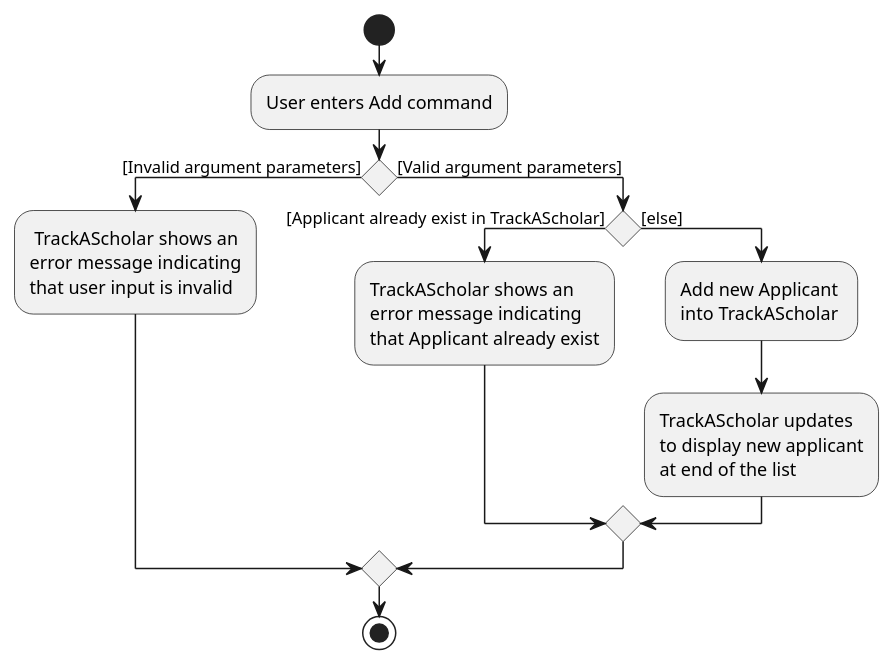
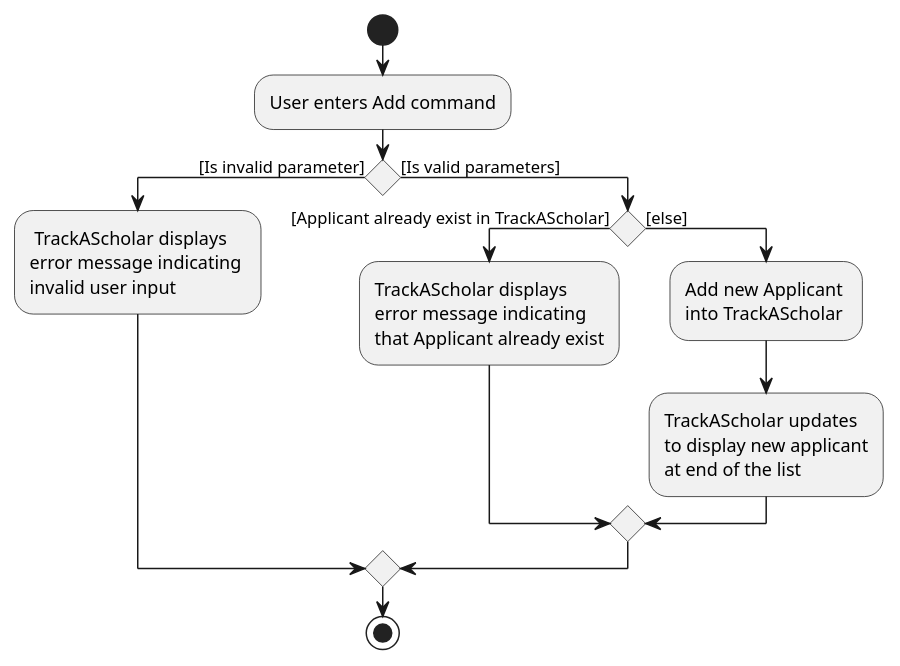
The diagram in docs/diagrams/AddCommandActivityDiagram.puml (nus-cs2103-AY2223S1/tp), drawn with PlantUML before and after one commit. The commit also changed 9 other files, not shown here.

```diff
--- a/docs/diagrams/AddCommandActivityDiagram.puml
+++ b/docs/diagrams/AddCommandActivityDiagram.puml
@@ -1,20 +1,20 @@
 @startuml
 start
 :User enters Add command;
 
-if () then ([Invalid argument parameters])
-    : TrackAScholar shows an\nerror message indicating\nthat user input is invalid;
+if () then ([Is invalid parameter])
+    : TrackAScholar displays \nerror message indicating \ninvalid user input;
 
-else ([Valid argument parameters])
+else ([Is valid parameters])
 
     if () then ([Applicant already exist in TrackAScholar])
-        :TrackAScholar shows an\nerror message indicating\nthat Applicant already exist;
+        :TrackAScholar displays \nerror message indicating \nthat Applicant already exist;
     else ([else])
         :Add new Applicant \ninto TrackAScholar;
 
-        :TrackAScholar updates\nto display new applicant\nat end of the list;
+        :TrackAScholar updates \nto display new applicant\nat end of the list;
     endif
 
 endif
 stop
 @enduml
```
